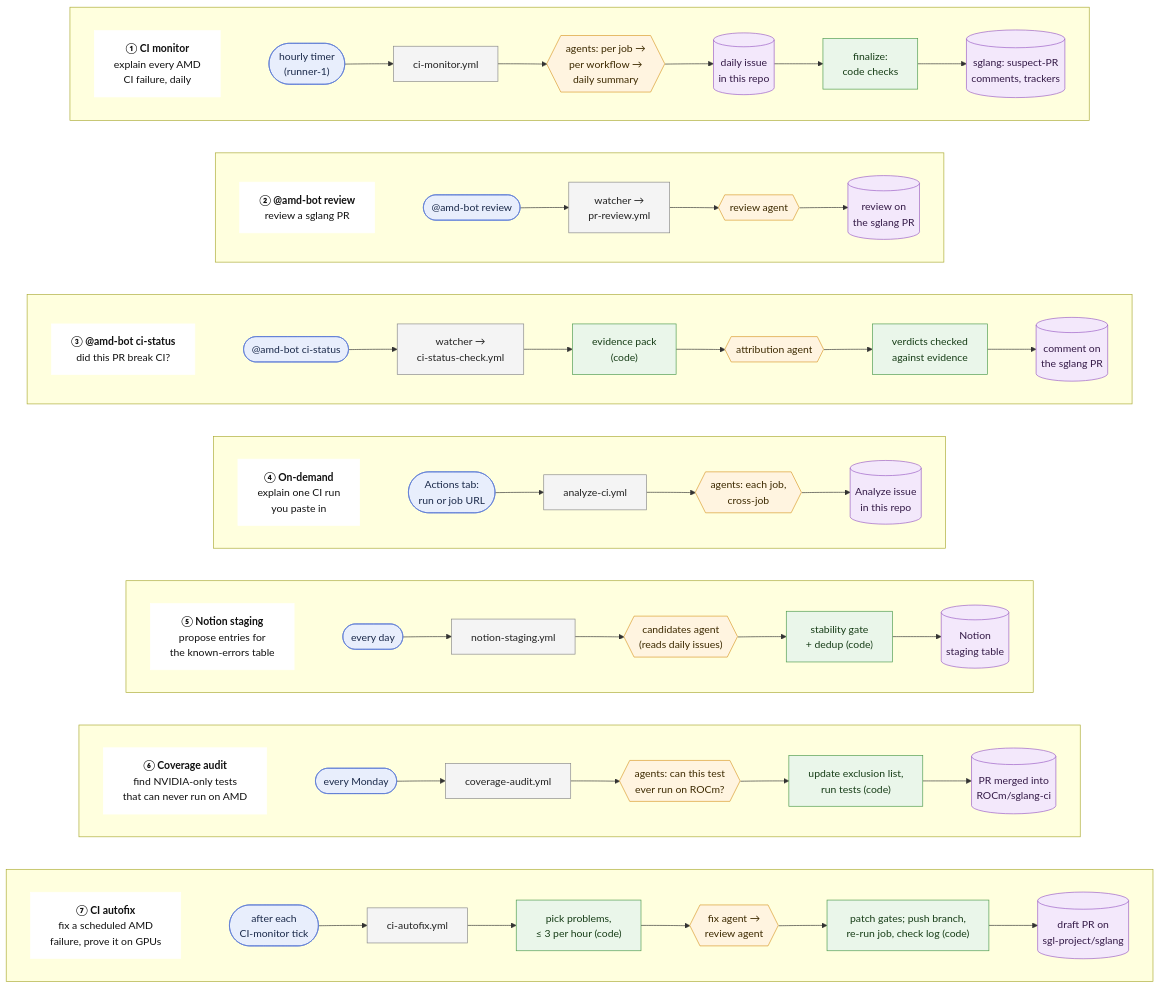
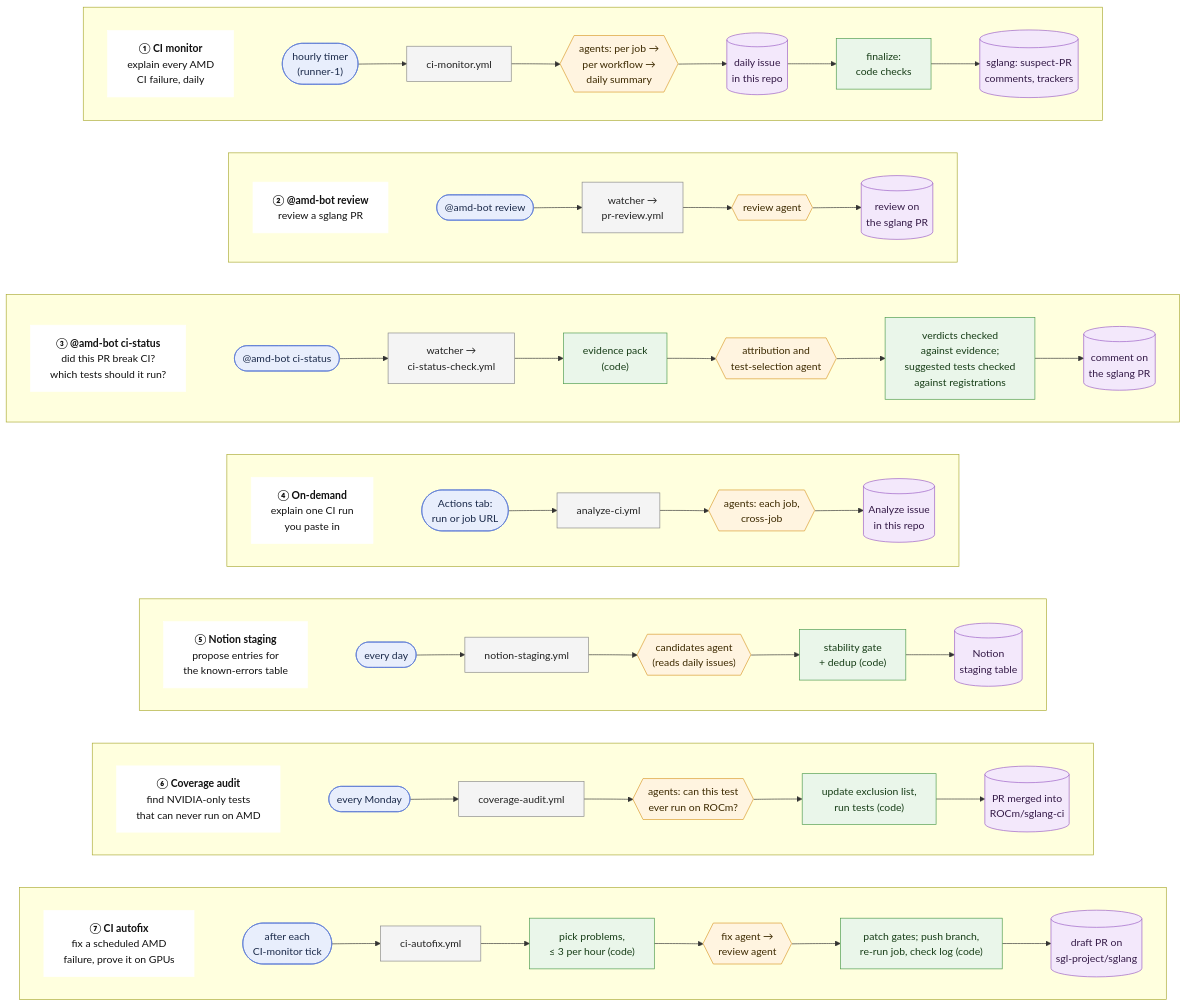
The diagram in docs/architecture.mmd (bingxche/sglang-ci-bot), drawn with Mermaid before and after one commit. The commit also changed 21 other files, not shown here.

First line of the commit message:
CI status: suggest which tests the PR should still run, on NVIDIA and AMD

```diff
--- a/docs/architecture.mmd
+++ b/docs/architecture.mmd
@@ -1,44 +1,44 @@
 flowchart TB
     classDef purpose fill:#ffffff,stroke:#ffffff,color:#111
     classDef trigger fill:#e8eefc,stroke:#5b7bd5,color:#1b2a4a
     classDef workflow fill:#f4f4f4,stroke:#888,color:#222
     classDef agent fill:#fff4e0,stroke:#d99a2b,color:#3d2a00
     classDef code fill:#eaf6ea,stroke:#4c9a4c,color:#173d17
     classDef output fill:#f3e8fb,stroke:#9a5bc4,color:#341a47
 
     subgraph L1[" "]
         direction LR
         P1["<b>① CI monitor</b><br/>explain every AMD<br/>CI failure, daily"]:::purpose ~~~ A1(["hourly timer<br/>(runner-1)"]):::trigger --> A2["ci-monitor.yml"]:::workflow --> A3{{"agents: per job →<br/>per workflow →<br/>daily summary"}}:::agent --> A4[("daily issue<br/>in this repo")]:::output --> A5["finalize:<br/>code checks"]:::code --> A6[("sglang: suspect-PR<br/>comments, trackers")]:::output
     end
 
     subgraph L2[" "]
         direction LR
         P2["<b>② @amd-bot review</b><br/>review a sglang PR"]:::purpose ~~~ B1(["@amd-bot review"]):::trigger --> B2["watcher →<br/>pr-review.yml"]:::workflow --> B3{{"review agent"}}:::agent --> B5[("review on<br/>the sglang PR")]:::output
     end
 
     subgraph L3[" "]
         direction LR
-        P3["<b>③ @amd-bot ci-status</b><br/>did this PR break CI?"]:::purpose ~~~ C1(["@amd-bot ci-status"]):::trigger --> C2["watcher →<br/>ci-status-check.yml"]:::workflow --> C3["evidence pack<br/>(code)"]:::code --> C4{{"attribution agent"}}:::agent --> C5["verdicts checked<br/>against evidence"]:::code --> C6[("comment on<br/>the sglang PR")]:::output
+        P3["<b>③ @amd-bot ci-status</b><br/>did this PR break CI?<br/>which tests should it run?"]:::purpose ~~~ C1(["@amd-bot ci-status"]):::trigger --> C2["watcher →<br/>ci-status-check.yml"]:::workflow --> C3["evidence pack<br/>(code)"]:::code --> C4{{"attribution and<br/>test-selection agent"}}:::agent --> C5["verdicts checked<br/>against evidence;<br/>suggested tests checked<br/>against registrations"]:::code --> C6[("comment on<br/>the sglang PR")]:::output
     end
 
     subgraph L4[" "]
         direction LR
         P4["<b>④ On-demand</b><br/>explain one CI run<br/>you paste in"]:::purpose ~~~ D1(["Actions tab:<br/>run or job URL"]):::trigger --> D2["analyze-ci.yml"]:::workflow --> D3{{"agents: each job,<br/>cross-job"}}:::agent --> D4[("Analyze issue<br/>in this repo")]:::output
     end
 
     subgraph L5[" "]
         direction LR
         P5["<b>⑤ Notion staging</b><br/>propose entries for<br/>the known-errors table"]:::purpose ~~~ E1(["every day"]):::trigger --> E2["notion-staging.yml"]:::workflow --> E3{{"candidates agent<br/>(reads daily issues)"}}:::agent --> E4["stability gate<br/>+ dedup (code)"]:::code --> E5[("Notion<br/>staging table")]:::output
     end
 
     subgraph L6[" "]
         direction LR
         P6["<b>⑥ Coverage audit</b><br/>find NVIDIA-only tests<br/>that can never run on AMD"]:::purpose ~~~ F1(["every Monday"]):::trigger --> F2["coverage-audit.yml"]:::workflow --> F3{{"agents: can this test<br/>ever run on ROCm?"}}:::agent --> F4["update exclusion list,<br/>run tests (code)"]:::code --> F5[("PR merged into<br/>ROCm/sglang-ci")]:::output
     end
 
     subgraph L7[" "]
         direction LR
         P7["<b>⑦ CI autofix</b><br/>fix a scheduled AMD<br/>failure, prove it on GPUs"]:::purpose ~~~ G1(["after each<br/>CI-monitor tick"]):::trigger --> G2["ci-autofix.yml"]:::workflow --> G3["pick problems,<br/>≤ 3 per hour (code)"]:::code --> G4{{"fix agent →<br/>review agent"}}:::agent --> G5["patch gates; push branch,<br/>re-run job, check log (code)"]:::code --> G6[("draft PR on<br/>sgl-project/sglang")]:::output
     end
 
     L1 ~~~ L2 ~~~ L3 ~~~ L4 ~~~ L5 ~~~ L6 ~~~ L7
```
